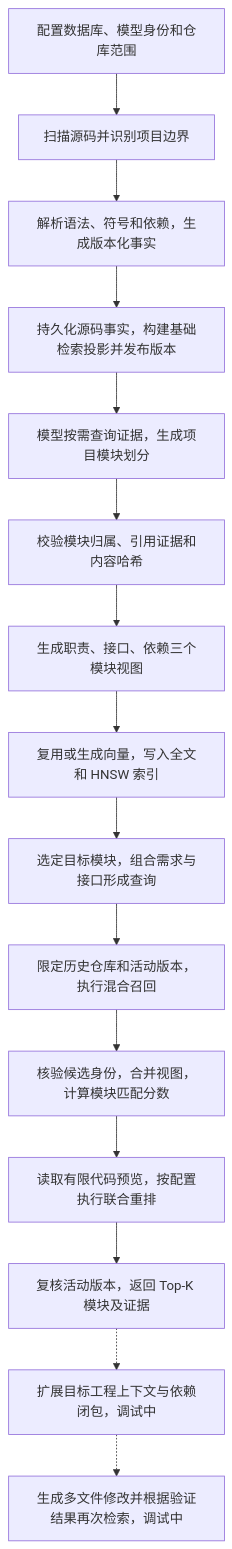
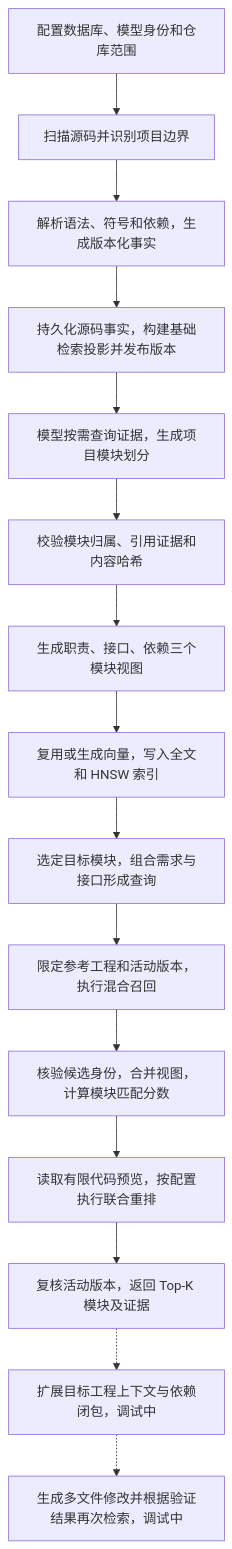
The diagram in docs/code-intelligence-indexing-retrieval-technical-report.zh-CN.md (interfuckjuve/weichai), drawn with Mermaid before and after one commit. The commit also changed other lines of this file and 216 other files, not shown here.

````diff
--- a/docs/code-intelligence-indexing-retrieval-technical-report.zh-CN.md
+++ b/docs/code-intelligence-indexing-retrieval-technical-report.zh-CN.md
@@ -13,17 +13,17 @@
 ```mermaid
 flowchart TD
     A[配置数据库、模型身份和仓库范围] --> B[扫描源码并识别项目边界]
     B --> C[解析语法、符号和依赖，生成版本化事实]
     C --> D[持久化源码事实，构建基础检索投影并发布版本]
     D --> E[模型按需查询证据，生成项目模块划分]
     E --> F[校验模块归属、引用证据和内容哈希]
     F --> G[生成职责、接口、依赖三个模块视图]
     G --> H[复用或生成向量，写入全文和 HNSW 索引]
     H --> I[选定目标模块，组合需求与接口形成查询]
-    I --> J[限定历史仓库和活动版本，执行混合召回]
+    I --> J[限定参考工程和活动版本，执行混合召回]
     J --> K[核验候选身份，合并视图，计算模块匹配分数]
     K --> L[读取有限代码预览，按配置执行联合重排]
     L --> M[复核活动版本，返回 Top-K 模块及证据]
     M -.-> N[扩展目标工程上下文与依赖闭包，调试中]
     N -.-> O[生成多文件修改并根据验证结果再次检索，调试中]
 ```
````
